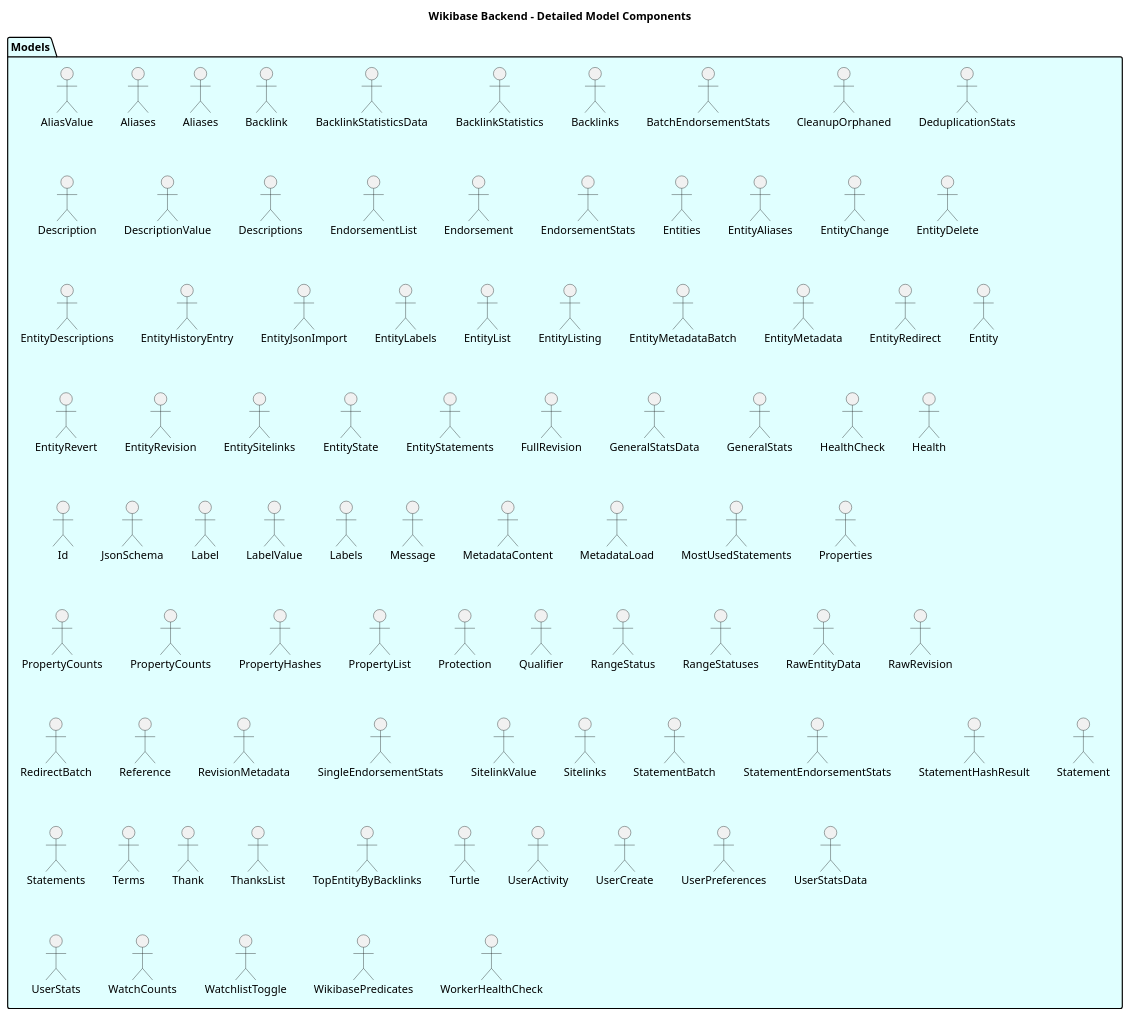
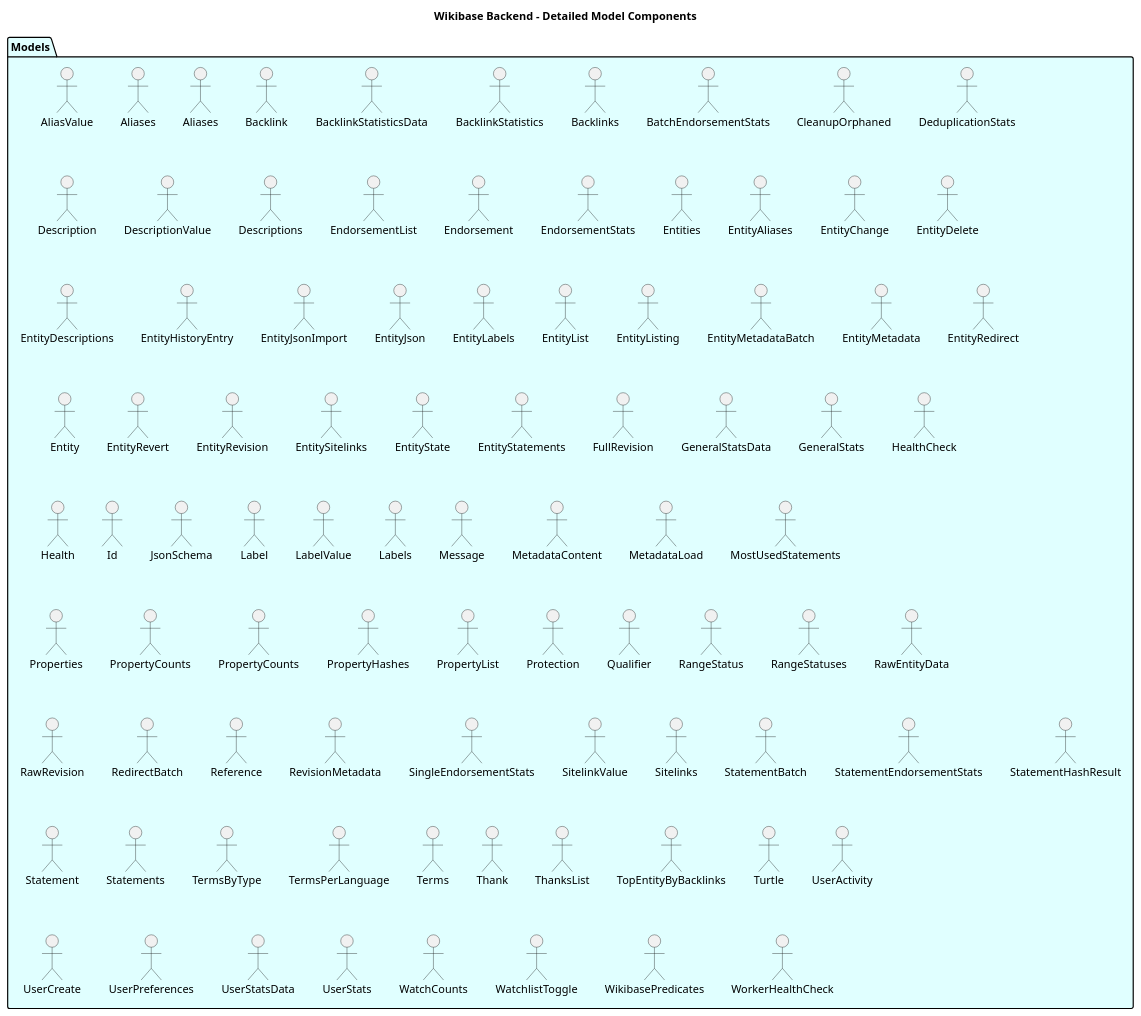
The diagram in doc/DIAGRAMS/detailed_model_components.puml (dpriskorn/entitybase-backend), drawn with PlantUML before and after one commit. The commit also changed 6 other files, not shown here.

```diff
--- a/doc/DIAGRAMS/detailed_model_components.puml
+++ b/doc/DIAGRAMS/detailed_model_components.puml
@@ -1,93 +1,97 @@
 @startuml Detailed Model Components
 
 title Wikibase Backend - Detailed Model Components
 
 package "Models" as Models #LightCyan {
     "AliasValue" as AliasValue
     "Aliases" as Aliases
     "Aliases" as AliasesResponse
     "Backlink" as Backlink
     "BacklinkStatisticsData" as BacklinkStatisticsData
     "BacklinkStatistics" as BacklinkStatisticsResponse
     "Backlinks" as BacklinksResponse
     "BatchEndorsementStats" as BatchEndorsementStatsResponse
     "CleanupOrphaned" as CleanupOrphanedResponse
     "DeduplicationStats" as DeduplicationStatsResponse
     "Description" as DescriptionResponse
     "DescriptionValue" as DescriptionValue
     "Descriptions" as DescriptionsResponse
     "EndorsementList" as EndorsementListResponse
     "Endorsement" as EndorsementResponse
     "EndorsementStats" as EndorsementStatsResponse
     "Entities" as EntitiesResponse
     "EntityAliases" as EntityAliasesResponse
     "EntityChange" as EntityChange
     "EntityDelete" as EntityDeleteResponse
     "EntityDescriptions" as EntityDescriptionsResponse
     "EntityHistoryEntry" as EntityHistoryEntry
     "EntityJsonImport" as EntityJsonImportResponse
+    "EntityJson" as EntityJsonResponse
     "EntityLabels" as EntityLabelsResponse
     "EntityList" as EntityListResponse
     "EntityListing" as EntityListing
     "EntityMetadataBatch" as EntityMetadataBatchResponse
     "EntityMetadata" as EntityMetadataResponse
     "EntityRedirect" as EntityRedirectResponse
     "Entity" as EntityResponse
     "EntityRevert" as EntityRevertResponse
     "EntityRevision" as EntityRevisionResponse
     "EntitySitelinks" as EntitySitelinksResponse
     "EntityState" as EntityState
     "EntityStatements" as EntityStatementsResponse
     "FullRevision" as FullRevisionResponse
     "GeneralStatsData" as GeneralStatsData
     "GeneralStats" as GeneralStatsResponse
     "HealthCheck" as HealthCheckResponse
     "Health" as HealthResponse
     "Id" as IdResponse
     "JsonSchema" as JsonSchema
     "Label" as LabelResponse
     "LabelValue" as LabelValue
     "Labels" as LabelsResponse
     "Message" as MessageResponse
     "MetadataContent" as MetadataContent
     "MetadataLoad" as MetadataLoadResponse
     "MostUsedStatements" as MostUsedStatementsResponse
     "Properties" as PropertiesResponse
     "PropertyCounts" as PropertyCounts
     "PropertyCounts" as PropertyCountsResponse
     "PropertyHashes" as PropertyHashesResponse
     "PropertyList" as PropertyListResponse
     "Protection" as ProtectionResponse
     "Qualifier" as QualifierResponse
     "RangeStatus" as RangeStatus
     "RangeStatuses" as RangeStatuses
     "RawEntityData" as RawEntityData
     "RawRevision" as RawRevisionResponse
     "RedirectBatch" as RedirectBatchResponse
     "Reference" as ReferenceResponse
     "RevisionMetadata" as RevisionMetadataResponse
     "SingleEndorsementStats" as SingleEndorsementStatsResponse
     "SitelinkValue" as SitelinkValue
     "Sitelinks" as SitelinksResponse
     "StatementBatch" as StatementBatchResponse
     "StatementEndorsementStats" as StatementEndorsementStats
     "StatementHashResult" as StatementHashResult
     "Statement" as StatementResponse
     "Statements" as StatementsResponse
+    "TermsByType" as TermsByType
+    "TermsByType" as TermsByType
+    "TermsPerLanguage" as TermsPerLanguage
     "Terms" as TermsResponse
     "Thank" as ThankResponse
     "ThanksList" as ThanksListResponse
     "TopEntityByBacklinks" as TopEntityByBacklinks
     "Turtle" as TurtleResponse
     "UserActivity" as UserActivityResponse
     "UserCreate" as UserCreateResponse
     "UserPreferences" as UserPreferencesResponse
     "UserStatsData" as UserStatsData
     "UserStats" as UserStatsResponse
     "WatchCounts" as WatchCounts
     "WatchlistToggle" as WatchlistToggleResponse
     "WikibasePredicates" as WikibasePredicatesResponse
     "WorkerHealthCheck" as WorkerHealthCheckResponse
 }
 
 @enduml
```
